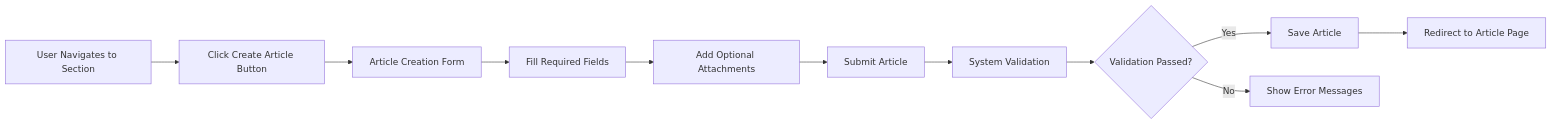
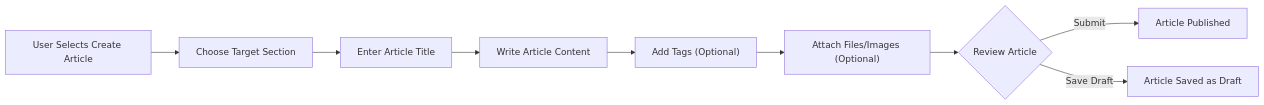
One commit to wrtnlabs/autobe-examples changed the first of 2 diagrams in deepseek/deepseek-v3.1-terminus-exacto/bbs/docs/analysis/05-article-management.md. Above: the diagram before and after it, drawn with Mermaid. The commit also changed other lines of this file and 11104 other files, not shown here.

````diff
--- a/deepseek/deepseek-v3.1-terminus-exacto/bbs/docs/analysis/05-article-management.md
+++ b/deepseek/deepseek-v3.1-terminus-exacto/bbs/docs/analysis/05-article-management.md
@@ -11,13 +11,11 @@
 ```mermaid
 graph LR
-  A["User Navigates to Section"] --> B["Click Create Article Button"]
-  B --> C["Article Creation Form"]
-  C --> D["Fill Required Fields"]
-  D --> E["Add Optional Attachments"]
-  E --> F["Submit Article"]
-  F --> G["System Validation"]
-  G --> H{"Validation Passed?"}
-  H -->|"Yes"| I["Save Article"]
-  H -->|"No"| J["Show Error Messages"]
-  I --> K["Redirect to Article Page"]
+  A["User Selects Create Article"] --> B["Choose Target Section"]
+  B --> C["Enter Article Title"]
+  C --> D["Write Article Content"]
+  D --> E["Add Tags (Optional)"]
+  E --> F["Attach Files/Images (Optional)"]
+  F --> G{"Review Article"}
+  G -->|"Submit"| H["Article Published"]
+  G -->|"Save Draft"| I["Article Saved as Draft"]
 ```
````
